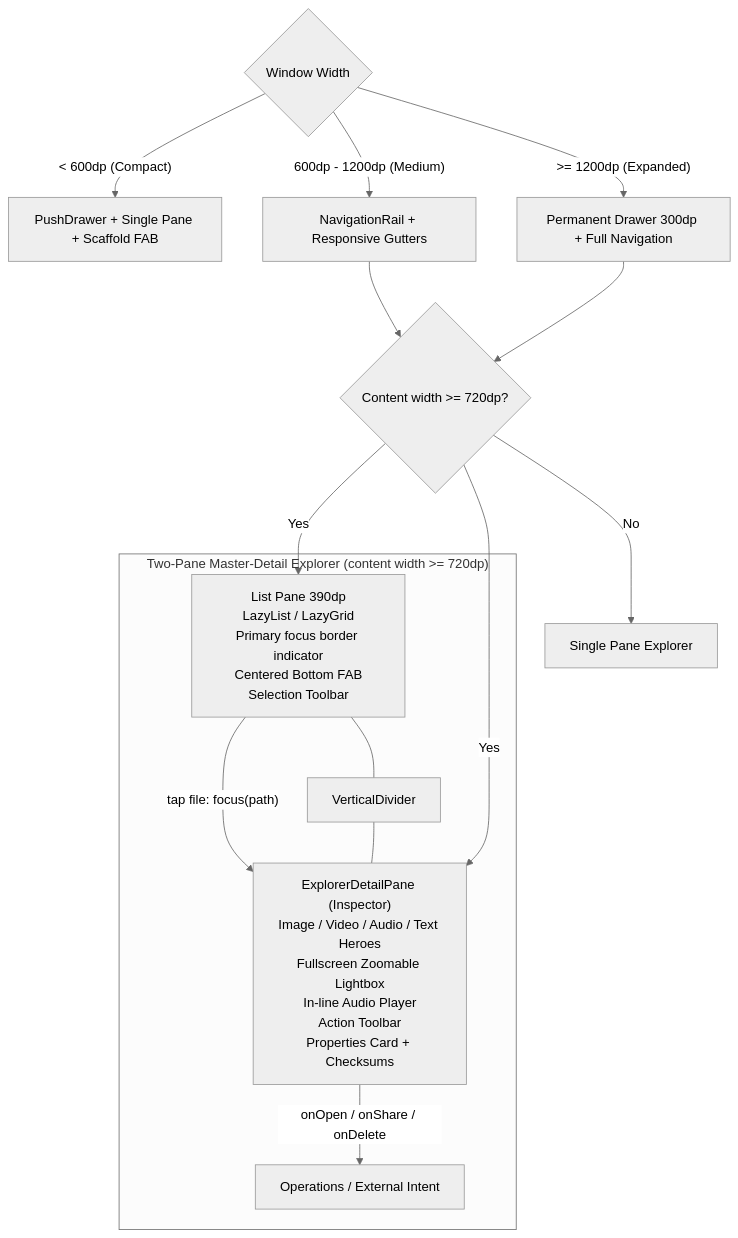
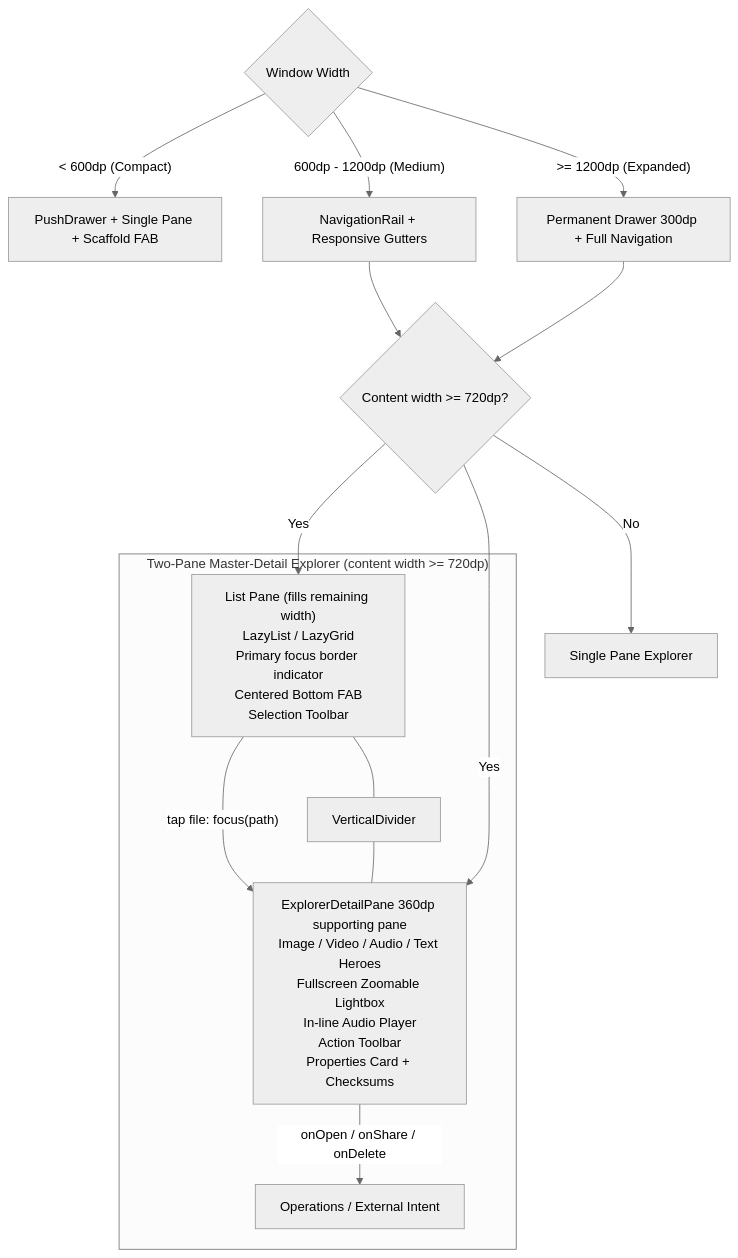
One commit to aiyu-ayaan/Findex changed the seventh of 7 diagrams in development/docs/ARCHITECTURE.md. Above: the diagram before and after it, drawn with Mermaid (neutral theme). The commit also changed other lines of this file and 4 other files, not shown here.

Commit message:
ui(DetailPane) : Shrink tablet preview into a 360dp supporting pane with compact hero and property rows

````diff
--- a/development/docs/ARCHITECTURE.md
+++ b/development/docs/ARCHITECTURE.md
@@ -267,22 +267,22 @@
 ```mermaid
 flowchart TD
     WindowWidth{"Window Width"}
     WindowWidth -->|"< 600dp (Compact)"| CompactLayout["PushDrawer + Single Pane + Scaffold FAB"]
     WindowWidth -->|"600dp - 1200dp (Medium)"| MediumLayout["NavigationRail + Responsive Gutters"]
     WindowWidth -->|">= 1200dp (Expanded)"| ExpandedLayout["Permanent Drawer 300dp + Full Navigation"]
 
     subgraph TwoPaneExplorer ["Two-Pane Master-Detail Explorer (content width >= 720dp)"]
-        ListPane["List Pane 390dp<br/>LazyList / LazyGrid<br/>Primary focus border indicator<br/>Centered Bottom FAB<br/>Selection Toolbar"]
+        ListPane["List Pane (fills remaining width)<br/>LazyList / LazyGrid<br/>Primary focus border indicator<br/>Centered Bottom FAB<br/>Selection Toolbar"]
         Divider["VerticalDivider"]
-        DetailPane["ExplorerDetailPane (Inspector)<br/>Image / Video / Audio / Text Heroes<br/>Fullscreen Zoomable Lightbox<br/>In-line Audio Player<br/>Action Toolbar<br/>Properties Card + Checksums"]
+        DetailPane["ExplorerDetailPane 360dp supporting pane<br/>Image / Video / Audio / Text Heroes<br/>Fullscreen Zoomable Lightbox<br/>In-line Audio Player<br/>Action Toolbar<br/>Properties Card + Checksums"]
         ListPane -->|"tap file: focus(path)"| DetailPane
         ListPane --- Divider --- DetailPane
         DetailPane -->|"onOpen / onShare / onDelete"| Ops["Operations / External Intent"]
     end
 
     MediumLayout --> TwoPane{"Content width >= 720dp?"}
     ExpandedLayout --> TwoPane
     TwoPane -->|Yes| ListPane
     TwoPane -->|Yes| DetailPane
     TwoPane -->|No| SinglePane["Single Pane Explorer"]
 ```
````
